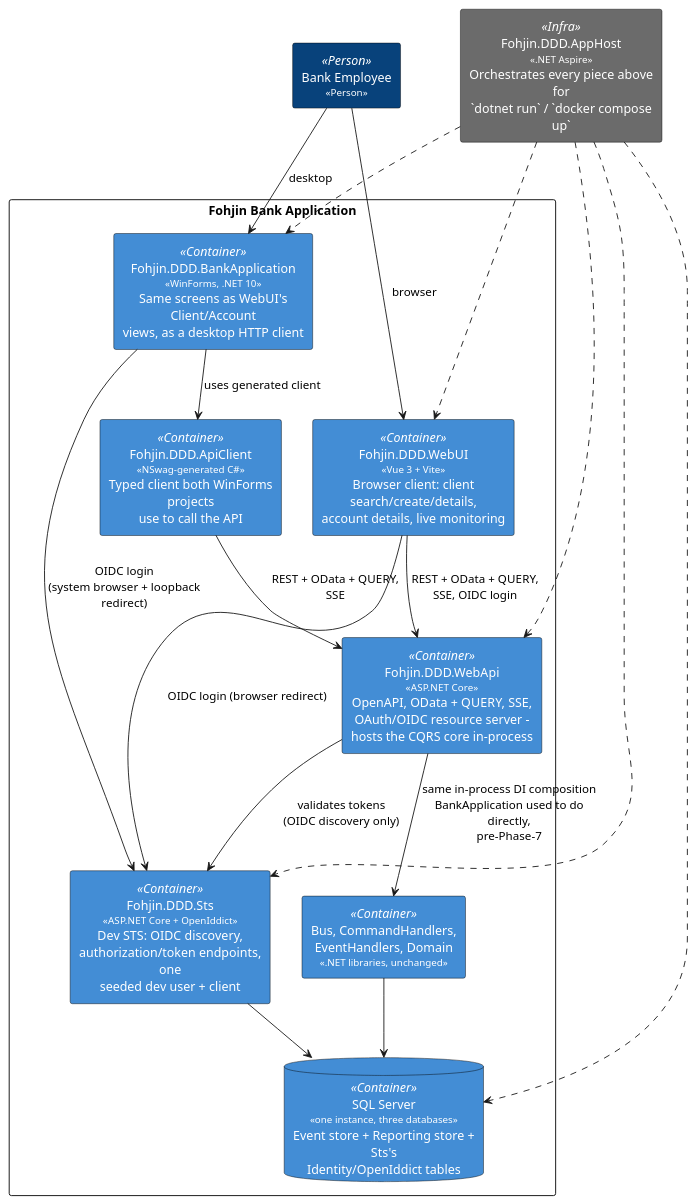
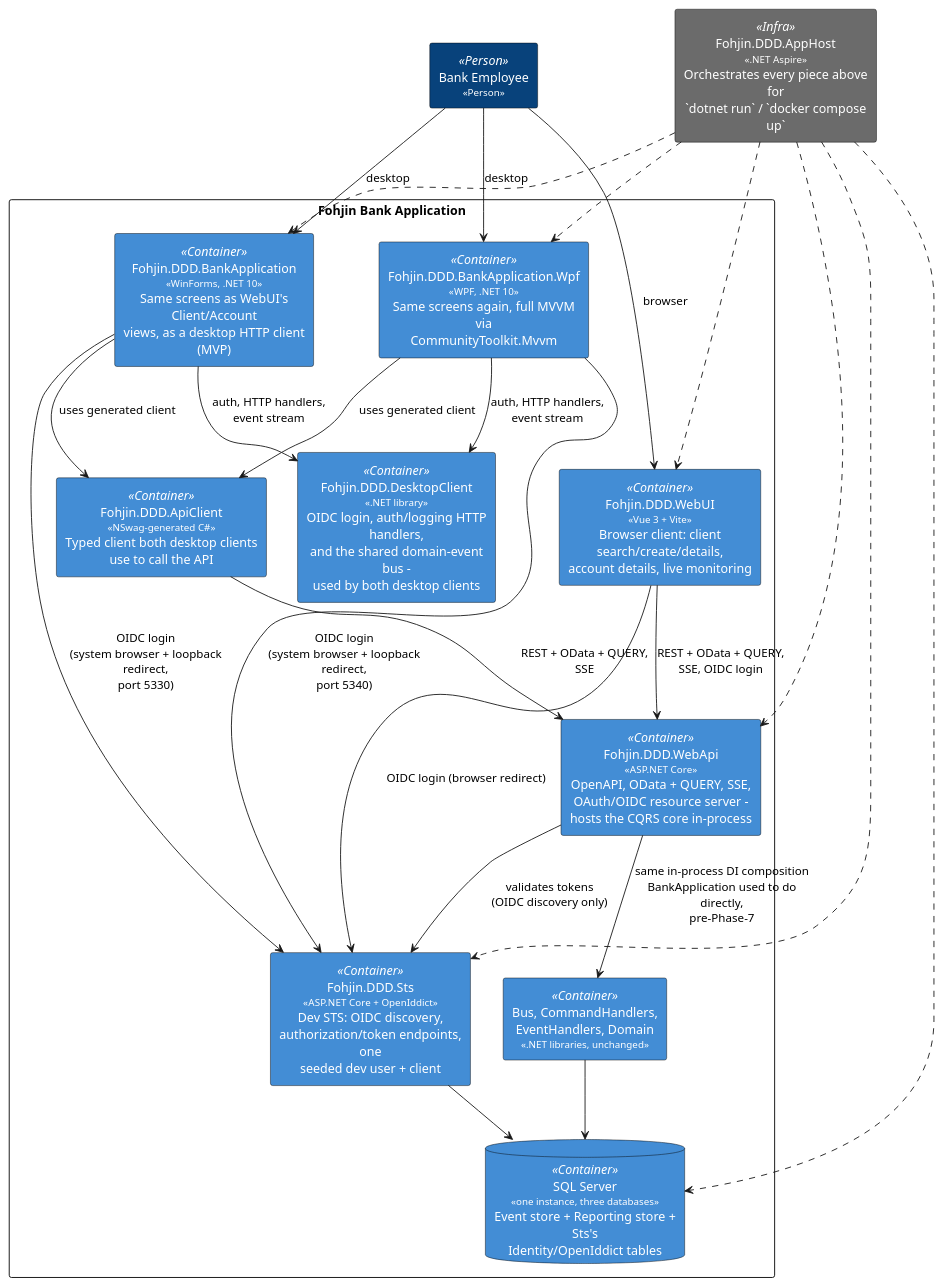
The second of 3 diagrams in docs/00-architecture-overview.md (Mwwhited-BookLearning/fohjin-cqrs), drawn with PlantUML before and after one commit. The commit also changed other lines of this file and 82 other files, not shown here.

````diff
--- a/docs/00-architecture-overview.md
+++ b/docs/00-architecture-overview.md
@@ -51,52 +52,60 @@
 ```plantuml
 @startuml
 skinparam rectangle {
   BackgroundColor<<Person>> #08427b
   FontColor<<Person>> white
   BackgroundColor<<Container>> #438dd5
   FontColor<<Container>> white
   BackgroundColor<<Infra>> #6b6b6b
   FontColor<<Infra>> white
   BorderColor black
 }
 skinparam database {
   BackgroundColor<<Container>> #438dd5
   FontColor<<Container>> white
   BorderColor black
 }
 skinparam defaultTextAlignment center
 skinparam wrapWidth 220
 skinparam maxMessageSize 200
 
 rectangle "Bank Employee\n<size:11><<Person>></size>" <<Person>> as employee
 
 rectangle "Fohjin Bank Application" {
   rectangle "Fohjin.DDD.WebUI\n<size:11><<Vue 3 + Vite>></size>\nBrowser client: client search/create/details,\naccount details, live monitoring" <<Container>> as vue
-  rectangle "Fohjin.DDD.BankApplication\n<size:11><<WinForms, .NET 10>></size>\nSame screens as WebUI's Client/Account\nviews, as a desktop HTTP client" <<Container>> as winforms
-  rectangle "Fohjin.DDD.ApiClient\n<size:11><<NSwag-generated C#>></size>\nTyped client both WinForms projects\nuse to call the API" <<Container>> as csClient
+  rectangle "Fohjin.DDD.BankApplication\n<size:11><<WinForms, .NET 10>></size>\nSame screens as WebUI's Client/Account\nviews, as a desktop HTTP client (MVP)" <<Container>> as winforms
+  rectangle "Fohjin.DDD.BankApplication.Wpf\n<size:11><<WPF, .NET 10>></size>\nSame screens again, full MVVM via\nCommunityToolkit.Mvvm" <<Container>> as wpf
+  rectangle "Fohjin.DDD.DesktopClient\n<size:11><<.NET library>></size>\nOIDC login, auth/logging HTTP handlers,\nand the shared domain-event bus -\nused by both desktop clients" <<Container>> as desktopShared
+  rectangle "Fohjin.DDD.ApiClient\n<size:11><<NSwag-generated C#>></size>\nTyped client both desktop clients\nuse to call the API" <<Container>> as csClient
   rectangle "Fohjin.DDD.Sts\n<size:11><<ASP.NET Core + OpenIddict>></size>\nDev STS: OIDC discovery,\nauthorization/token endpoints, one\nseeded dev user + client" <<Container>> as sts
   rectangle "Fohjin.DDD.WebApi\n<size:11><<ASP.NET Core>></size>\nOpenAPI, OData + QUERY, SSE,\nOAuth/OIDC resource server -\nhosts the CQRS core in-process" <<Container>> as api
   rectangle "Bus, CommandHandlers,\nEventHandlers, Domain\n<size:11><<.NET libraries, unchanged>></size>" <<Container>> as core
   database "SQL Server\n<size:11><<one instance, three databases>></size>\nEvent store + Reporting store + Sts's\nIdentity/OpenIddict tables" <<Container>> as db
 }
 
 rectangle "Fohjin.DDD.AppHost\n<size:11><<.NET Aspire>></size>\nOrchestrates every piece above for\n`dotnet run` / `docker compose up`" <<Infra>> as apphost
 
 employee --> vue : "browser"
 employee --> winforms : "desktop"
+employee --> wpf : "desktop"
 vue --> api : "REST + OData + QUERY,\nSSE, OIDC login"
+winforms --> desktopShared : "auth, HTTP handlers,\nevent stream"
+wpf --> desktopShared : "auth, HTTP handlers,\nevent stream"
 winforms --> csClient : "uses generated client"
+wpf --> csClient : "uses generated client"
 csClient --> api : "REST + OData + QUERY,\nSSE"
 api --> sts : "validates tokens\n(OIDC discovery only)"
 vue --> sts : "OIDC login (browser redirect)"
-winforms --> sts : "OIDC login\n(system browser + loopback redirect)"
+winforms --> sts : "OIDC login\n(system browser + loopback redirect,\nport 5330)"
+wpf --> sts : "OIDC login\n(system browser + loopback redirect,\nport 5340)"
 api --> core : "same in-process DI composition\nBankApplication used to do directly,\npre-Phase-7"
 core --> db
 sts --> db
 apphost .down.> vue
 apphost .down.> winforms
+apphost .down.> wpf
 apphost .down.> sts
 apphost .down.> api
 apphost .down.> db
 @enduml
 ```
````
